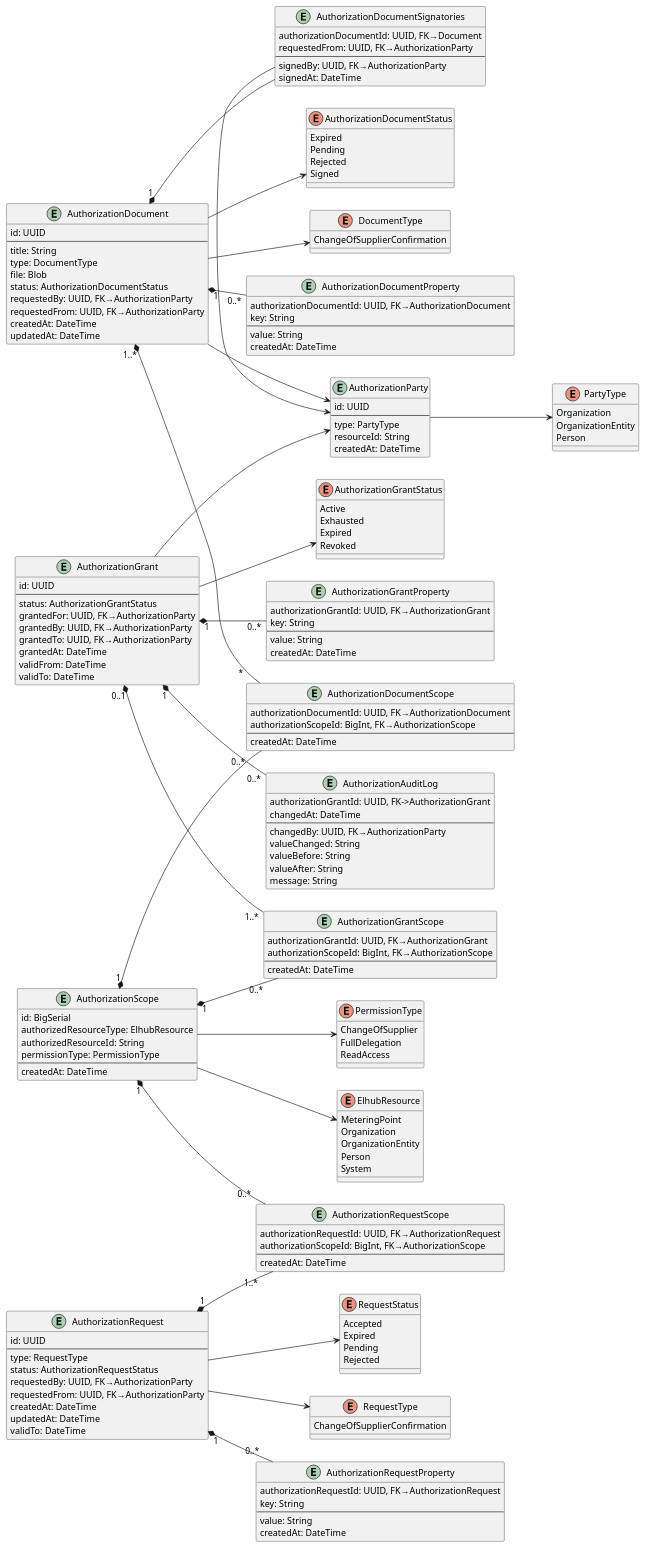
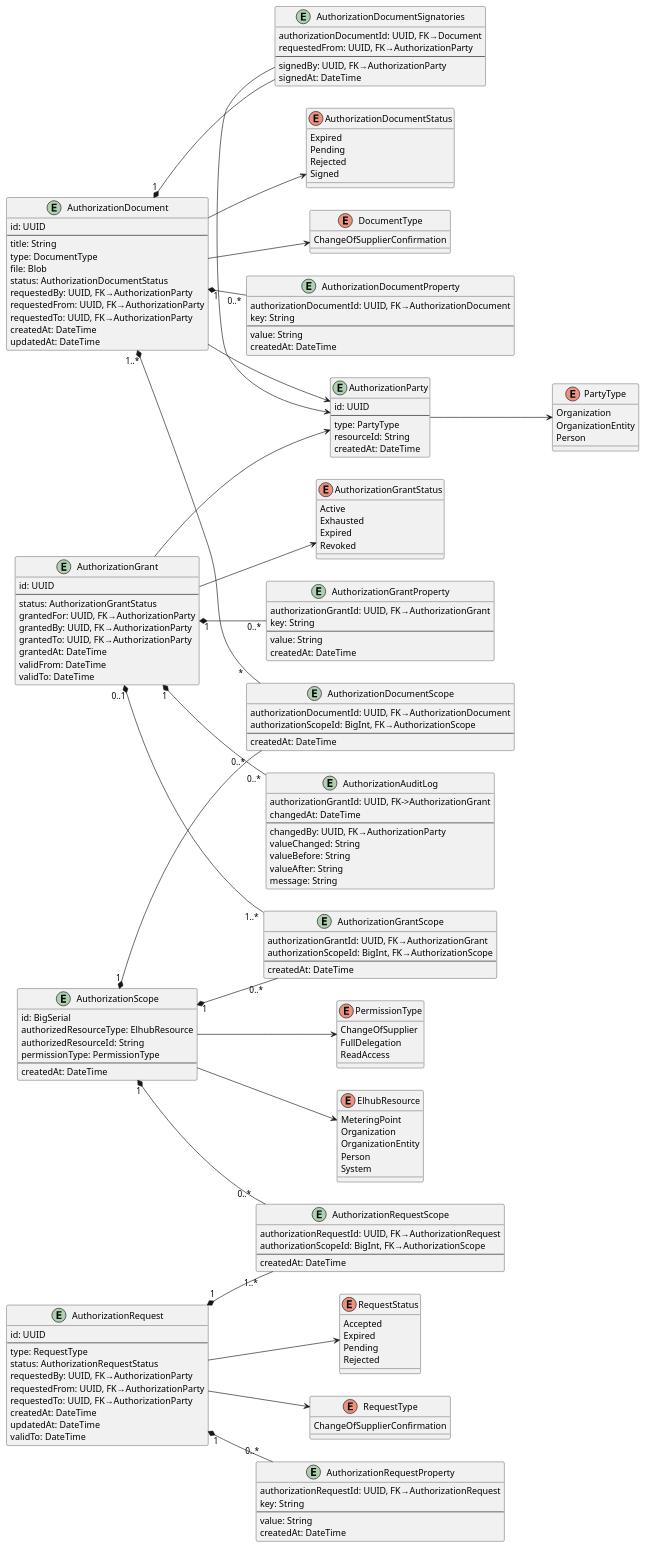
Before and after one commit to elhub/auth-grant-manager: the diagram in docs/assets/datamodel.plantuml, drawn with PlantUML. The commit also changed 7 other files, not shown here.

First line of the commit message:
Add documentation of requestedXX and grantedXX attributes

```diff
--- a/docs/assets/datamodel.plantuml
+++ b/docs/assets/datamodel.plantuml
@@ -59,9 +59,9 @@
   id: UUID
   --
   status: AuthorizationGrantStatus
-  grantedFor: UUID, FK→AuthorizationParty
-  grantedBy: UUID, FK→AuthorizationParty
-  grantedTo: UUID, FK→AuthorizationParty
+  grantedFor: UUID, FK→AuthorizationParty /' The party for whom the grant is made '/
+  grantedBy: UUID, FK→AuthorizationParty /' The party that made/signed the grant '/
+  grantedTo: UUID, FK→AuthorizationParty /' The party that is given the rights by the grant '/
   grantedAt: DateTime
   validFrom: DateTime
   validTo: DateTime
@@ -92,8 +92,9 @@
   --
   type: RequestType
   status: AuthorizationRequestStatus
-  requestedBy: UUID, FK→AuthorizationParty
-  requestedFrom: UUID, FK→AuthorizationParty
+  requestedBy: UUID, FK→AuthorizationParty  /' The party that made the request '/
+  requestedFrom: UUID, FK→AuthorizationParty /' The party that the request is made to '/
+  requestedTo: UUID, FK→AuthorizationParty   /' The party that is expected to respond to the request '/
   createdAt: DateTime
   updatedAt: DateTime
   validTo: DateTime
@@ -115,8 +116,9 @@
   type: DocumentType
   file: Blob
   status: AuthorizationDocumentStatus
-  requestedBy: UUID, FK→AuthorizationParty
-  requestedFrom: UUID, FK→AuthorizationParty
+  requestedBy: UUID, FK→AuthorizationParty  /' The party that requested the document '/
+  requestedFrom: UUID, FK→AuthorizationParty /' The party that the document is issued for '/
+  requestedTo: UUID, FK→AuthorizationParty   /' The party that is expected to sign the document '/
   createdAt: DateTime
   updatedAt: DateTime
 }
```
